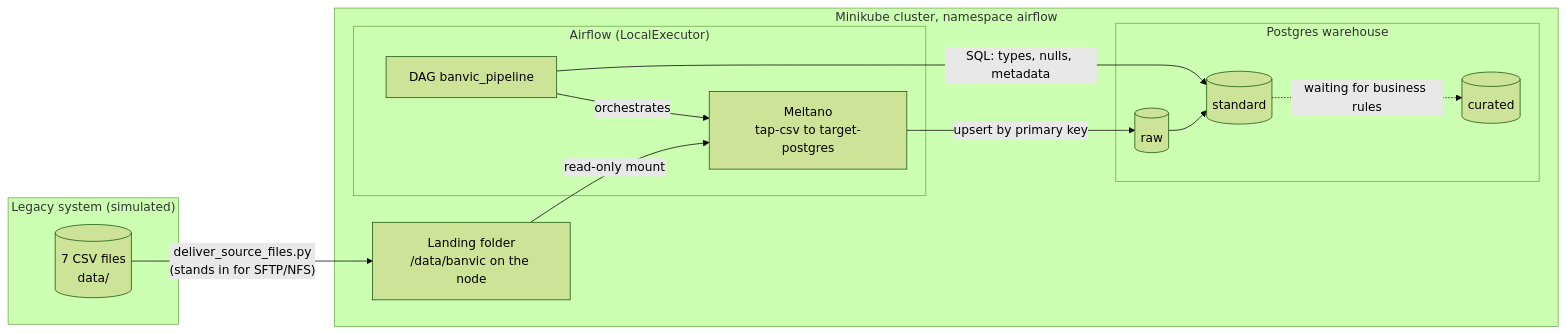
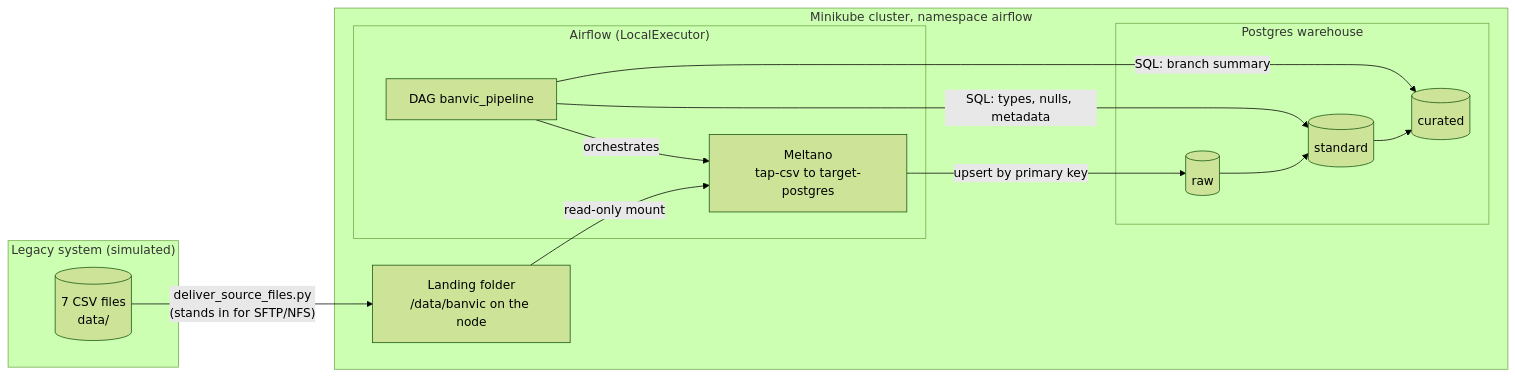
One commit to MBoness/desafio_fed changed the diagram in README.md. Above: the diagram before and after it, drawn with Mermaid (forest theme). The commit also changed other lines of this file and 4 other files, not shown here.

Commit message:
Build an example curated table: branch summary

````diff
--- a/README.md
+++ b/README.md
@@ -7,29 +7,30 @@
 ```mermaid
 flowchart LR
     subgraph legacy["Legacy system (simulated)"]
         csv[("7 CSV files<br/>data/")]
     end
 
     subgraph mk["Minikube cluster, namespace airflow"]
         landing["Landing folder<br/>/data/banvic on the node"]
 
         subgraph af["Airflow (LocalExecutor)"]
             dag["DAG banvic_pipeline"]
             meltano["Meltano<br/>tap-csv to target-postgres"]
         end
 
         subgraph wh["Postgres warehouse"]
             raw[("raw")]
             std[("standard")]
             cur[("curated")]
         end
     end
 
     csv -- "deliver_source_files.py<br/>(stands in for SFTP/NFS)" --> landing
     landing -- "read-only mount" --> meltano
     dag -- "orchestrates" --> meltano
     meltano -- "upsert by primary key" --> raw
     dag -- "SQL: types, nulls, metadata" --> std
     raw --> std
-    std -. "waiting for business rules" .-> cur
+    dag -- "SQL: branch summary" --> cur
+    std --> cur
 ```
````
